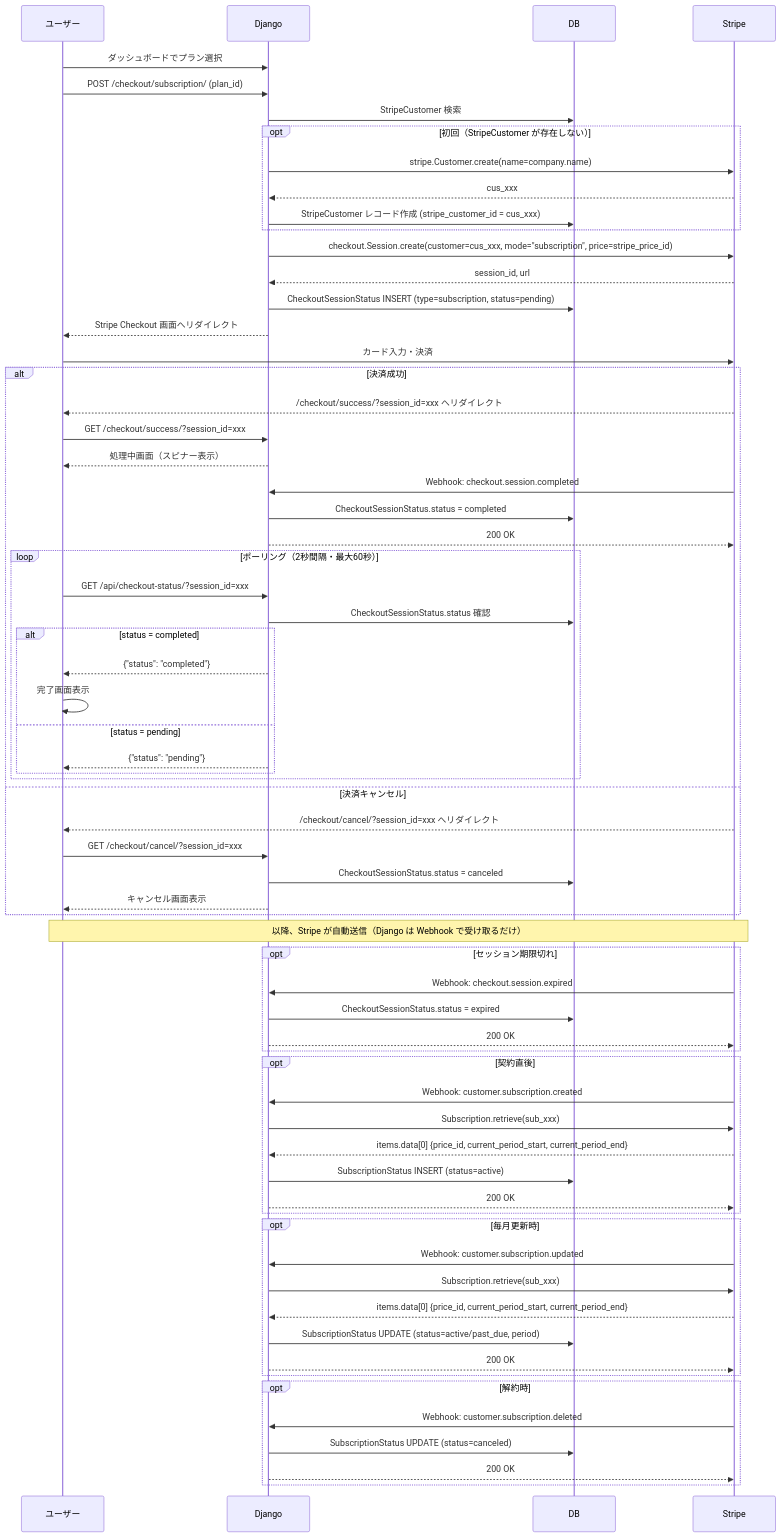
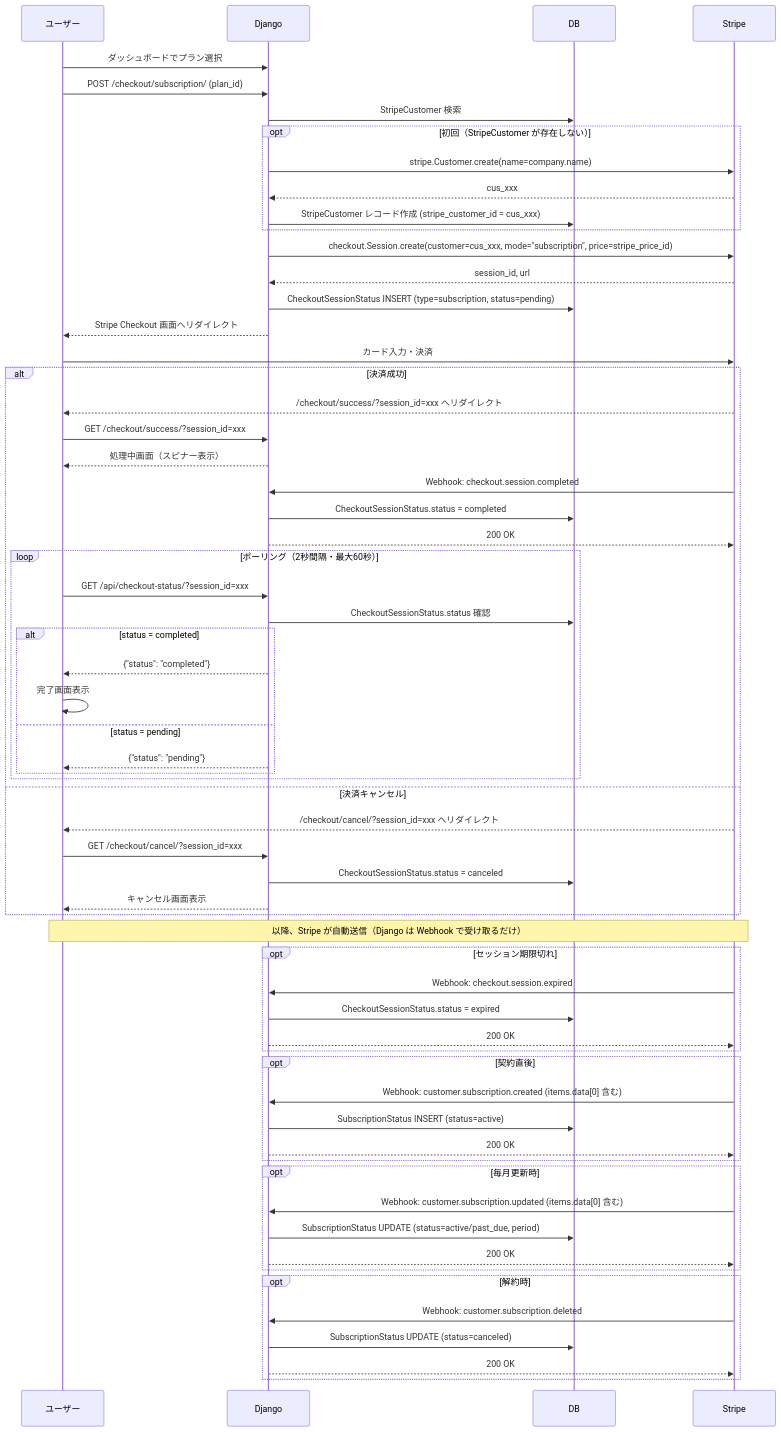
One commit to suzuki-tomok/payment-core changed the first of 4 diagrams in docs/sequence-diagram.md. Above: the diagram before and after it, drawn with Mermaid. The commit also changed 5 other files, not shown here.

````diff
--- a/docs/sequence-diagram.md
+++ b/docs/sequence-diagram.md
@@ -5,82 +5,78 @@
 ```mermaid
 sequenceDiagram
     participant U as ユーザー
     participant D as Django
     participant DB as DB
     participant S as Stripe
 
     U->>D: ダッシュボードでプラン選択
     U->>D: POST /checkout/subscription/ (plan_id)
 
     D->>DB: StripeCustomer 検索
 
     opt 初回（StripeCustomer が存在しない）
         D->>S: stripe.Customer.create(name=company.name)
         S-->>D: cus_xxx
         D->>DB: StripeCustomer レコード作成 (stripe_customer_id = cus_xxx)
     end
 
     D->>S: checkout.Session.create(customer=cus_xxx, mode="subscription", price=stripe_price_id)
     S-->>D: session_id, url
     D->>DB: CheckoutSessionStatus INSERT (type=subscription, status=pending)
     D-->>U: Stripe Checkout 画面へリダイレクト
 
     U->>S: カード入力・決済
 
     alt 決済成功
         S-->>U: /checkout/success/?session_id=xxx へリダイレクト
         U->>D: GET /checkout/success/?session_id=xxx
         D-->>U: 処理中画面（スピナー表示）
 
         S->>D: Webhook: checkout.session.completed
         D->>DB: CheckoutSessionStatus.status = completed
         D-->>S: 200 OK
 
         loop ポーリング（2秒間隔・最大60秒）
             U->>D: GET /api/checkout-status/?session_id=xxx
             D->>DB: CheckoutSessionStatus.status 確認
             alt status = completed
                 D-->>U: {"status": "completed"}
                 U->>U: 完了画面表示
             else status = pending
                 D-->>U: {"status": "pending"}
             end
         end
 
     else 決済キャンセル
         S-->>U: /checkout/cancel/?session_id=xxx へリダイレクト
         U->>D: GET /checkout/cancel/?session_id=xxx
         D->>DB: CheckoutSessionStatus.status = canceled
         D-->>U: キャンセル画面表示
     end
 
     Note over U,S: 以降、Stripe が自動送信（Django は Webhook で受け取るだけ）
 
     opt セッション期限切れ
         S->>D: Webhook: checkout.session.expired
         D->>DB: CheckoutSessionStatus.status = expired
         D-->>S: 200 OK
     end
 
     opt 契約直後
-        S->>D: Webhook: customer.subscription.created
-        D->>S: Subscription.retrieve(sub_xxx)
-        S-->>D: items.data[0] {price_id, current_period_start, current_period_end}
+        S->>D: Webhook: customer.subscription.created (items.data[0] 含む)
         D->>DB: SubscriptionStatus INSERT (status=active)
         D-->>S: 200 OK
     end
 
     opt 毎月更新時
-        S->>D: Webhook: customer.subscription.updated
-        D->>S: Subscription.retrieve(sub_xxx)
-        S-->>D: items.data[0] {price_id, current_period_start, current_period_end}
+        S->>D: Webhook: customer.subscription.updated (items.data[0] 含む)
         D->>DB: SubscriptionStatus UPDATE (status=active/past_due, period)
         D-->>S: 200 OK
     end
 
     opt 解約時
         S->>D: Webhook: customer.subscription.deleted
         D->>DB: SubscriptionStatus UPDATE (status=canceled)
         D-->>S: 200 OK
     end
 ```
````
